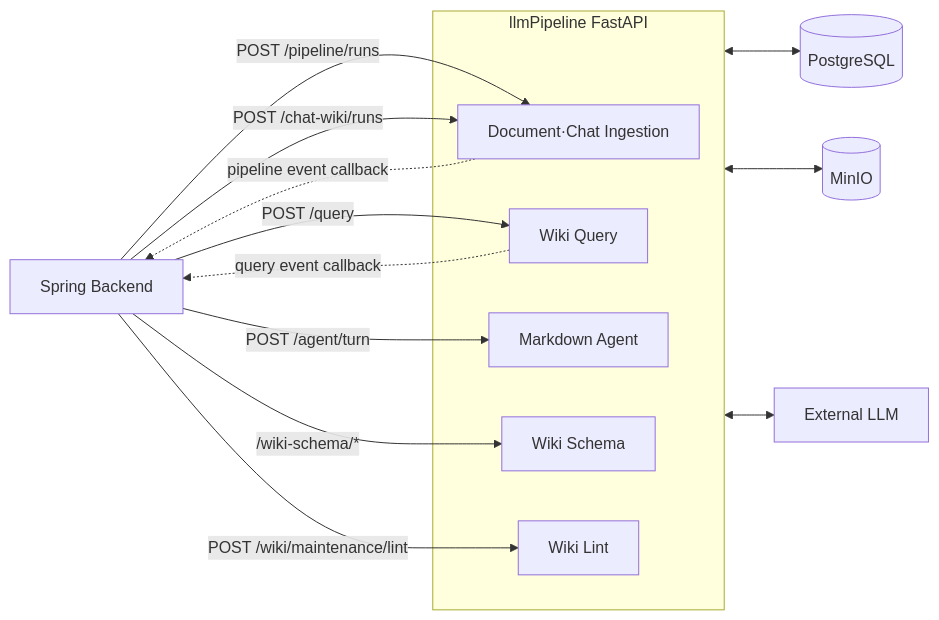
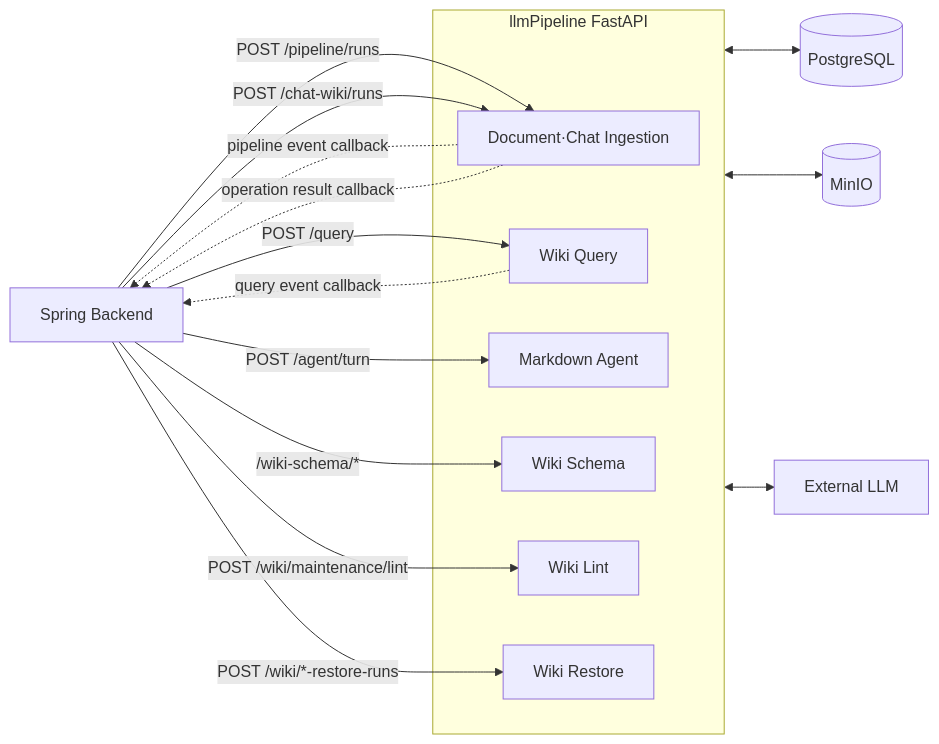
Before and after one commit to FruitionKR/local-pilot: the first of 4 diagrams in docs/spec/llmpipeline-backend-api-contract.md, drawn with Mermaid. The commit also changed other lines of this file and 28 other files, not shown here.

````diff
--- a/docs/spec/llmpipeline-backend-api-contract.md
+++ b/docs/spec/llmpipeline-backend-api-contract.md
@@ -31,30 +31,33 @@
 ```mermaid
 flowchart LR
     SPRING[Spring Backend]
 
     subgraph PIPELINE[llmPipeline FastAPI]
         INGEST[Document·Chat Ingestion]
         QUERY[Wiki Query]
         AGENT[Markdown Agent]
         SCHEMA[Wiki Schema]
         LINT[Wiki Lint]
+        RESTORE[Wiki Restore]
     end
 
     DB[(PostgreSQL)]
     STORAGE[(MinIO)]
     LLM[External LLM]
 
     SPRING -->|POST /pipeline/runs| INGEST
     SPRING -->|POST /chat-wiki/runs| INGEST
     SPRING -->|POST /query| QUERY
     SPRING -->|POST /agent/turn| AGENT
     SPRING -->|/wiki-schema/*| SCHEMA
     SPRING -->|POST /wiki/maintenance/lint| LINT
+    SPRING -->|POST /wiki/*-restore-runs| RESTORE
 
     INGEST -. pipeline event callback .-> SPRING
+    INGEST -. operation result callback .-> SPRING
     QUERY -. query event callback .-> SPRING
 
     PIPELINE <--> DB
     PIPELINE <--> STORAGE
     PIPELINE <--> LLM
 ```
````
